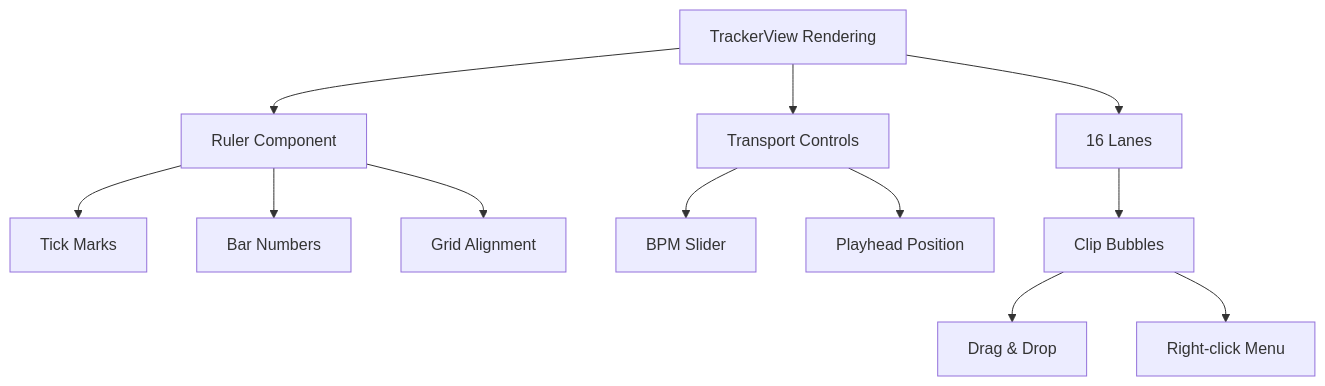
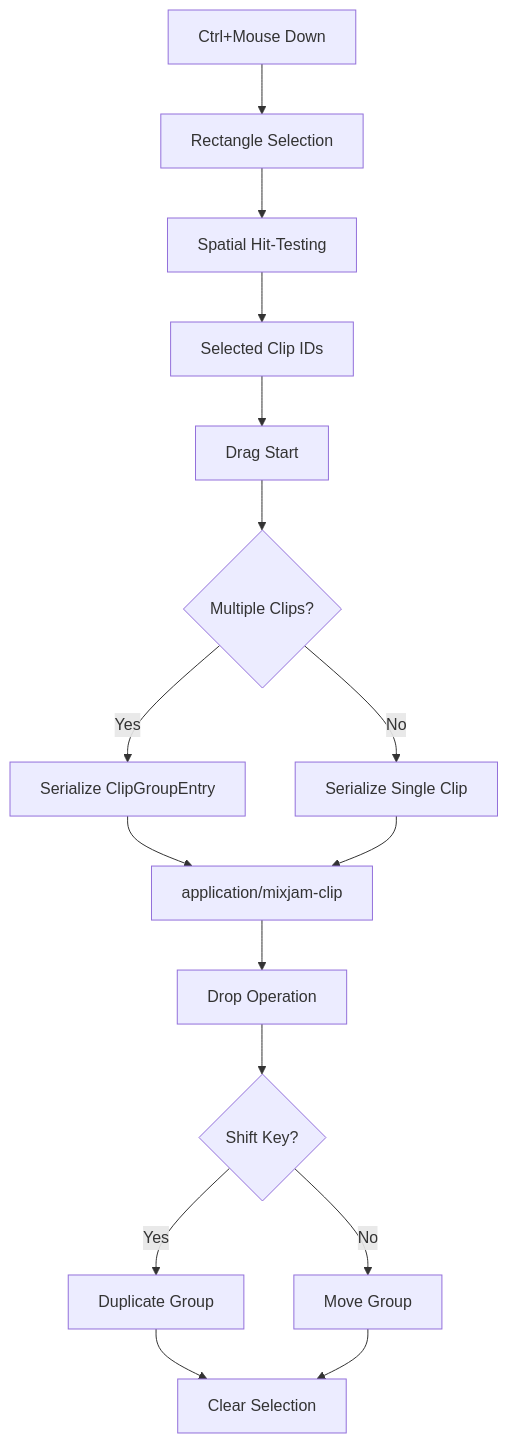
One commit to satyrlord/mixjam-electron changed the eighth of 10 diagrams in .qoder/repowiki/en/content/Testing Strategy.md. Above: the diagram before and after it, drawn with Mermaid. The commit also changed other lines of this file and 5 other files, not shown here.

Commit message:
docs: update wiki to reflect multi-clip selection, group operations, and dev guideline changes

````diff
--- a/.qoder/repowiki/en/content/Testing Strategy.md
+++ b/.qoder/repowiki/en/content/Testing Strategy.md
@@ -539,14 +538,18 @@
 ```mermaid
 flowchart TD
-Tracker["TrackerView Rendering"] --> Ruler["Ruler Component"]
-Ruler --> Ticks["Tick Marks"]
-Ruler --> Bars["Bar Numbers"]
-Ruler --> Alignment["Grid Alignment"]
-Tracker --> Transport["Transport Controls"]
-Transport --> BPM["BPM Slider"]
-Transport --> Playhead["Playhead Position"]
-Tracker --> Lanes["16 Lanes"]
-Lanes --> Clips["Clip Bubbles"]
-Clips --> DragDrop["Drag & Drop"]
-Clips --> ContextMenu["Right-click Menu"]
+Selection["Ctrl+Mouse Down"] --> Rect["Rectangle Selection"]
+Rect --> HitTest["Spatial Hit-Testing"]
+HitTest --> SelectedClips["Selected Clip IDs"]
+SelectedClips --> DragStart["Drag Start"]
+DragStart --> GroupCheck{"Multiple Clips?"}
+GroupCheck --> |Yes| GroupSerialize["Serialize ClipGroupEntry"]
+GroupCheck --> |No| SingleSerialize["Serialize Single Clip"]
+GroupSerialize --> DragData["application/mixjam-clip"]
+SingleSerialize --> DragData
+DragData --> Drop["Drop Operation"]
+Drop --> ShiftCheck{"Shift Key?"}
+ShiftCheck --> |Yes| Duplicate["Duplicate Group"]
+ShiftCheck --> |No| Move["Move Group"]
+Duplicate --> ClearSelection["Clear Selection"]
+Move --> ClearSelection
 ```
````
